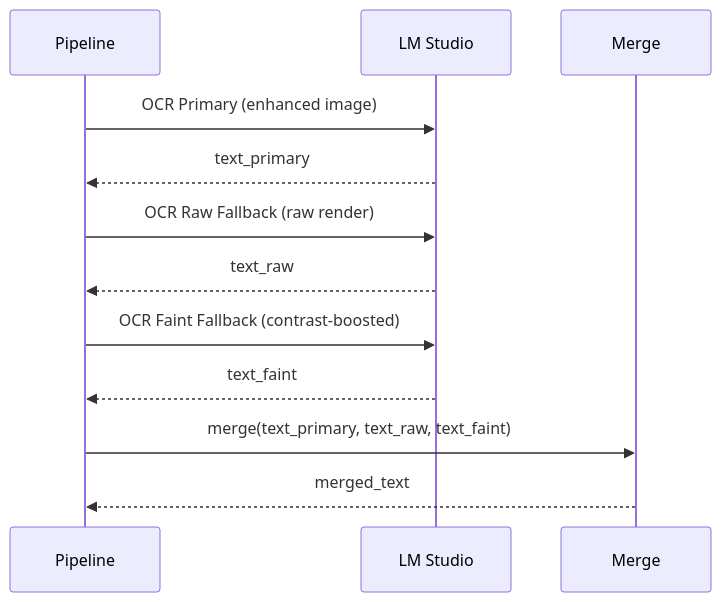
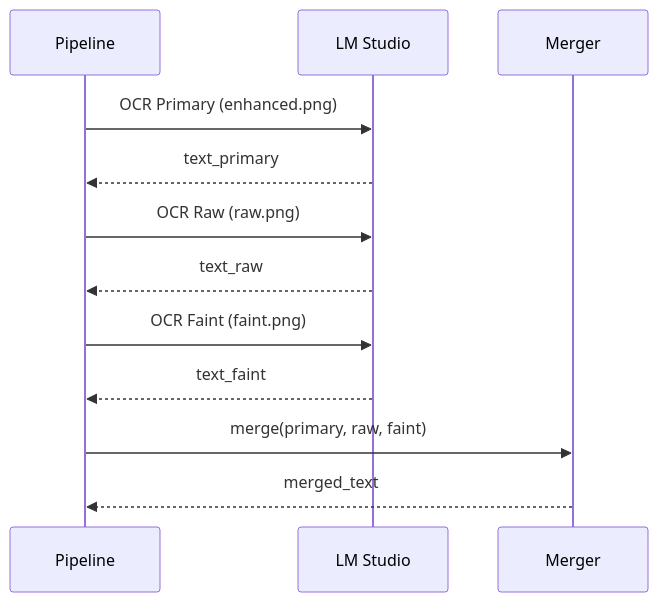
One commit to JeanLouisParent/Nasa-Transcript-Processor changed the fourth of 4 diagrams in docs/PIPELINE.md. Above: the diagram before and after it, drawn with Mermaid. The commit also changed other lines of this file and 10 other files, not shown here.

First line of the commit message:
Refactor documentation and add JSON Schema validation

````diff
--- a/docs/PIPELINE.md
+++ b/docs/PIPELINE.md
@@ -209,14 +185,18 @@
 ```mermaid
 sequenceDiagram
     participant P as Pipeline
-    participant C as LM Studio
-    participant M as Merge
-    P->>C: OCR Primary (enhanced image)
-    C-->>P: text_primary
-    P->>C: OCR Raw Fallback (raw render)
-    C-->>P: text_raw
-    P->>C: OCR Faint Fallback (contrast-boosted)
-    C-->>P: text_faint
-    P->>M: merge(text_primary, text_raw, text_faint)
+    participant LM as LM Studio
+    participant M as Merger
+
+    P->>LM: OCR Primary (enhanced.png)
+    LM-->>P: text_primary
+
+    P->>LM: OCR Raw (raw.png)
+    LM-->>P: text_raw
+
+    P->>LM: OCR Faint (faint.png)
+    LM-->>P: text_faint
+
+    P->>M: merge(primary, raw, faint)
     M-->>P: merged_text
 ```
````
